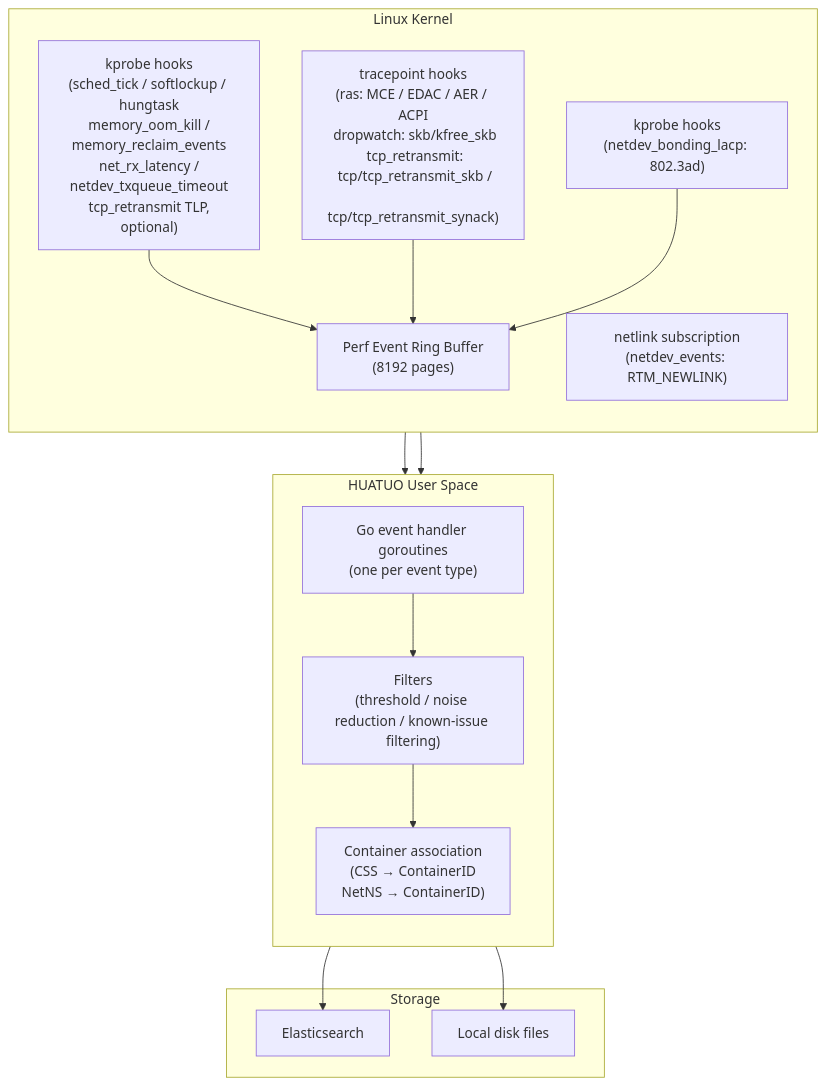
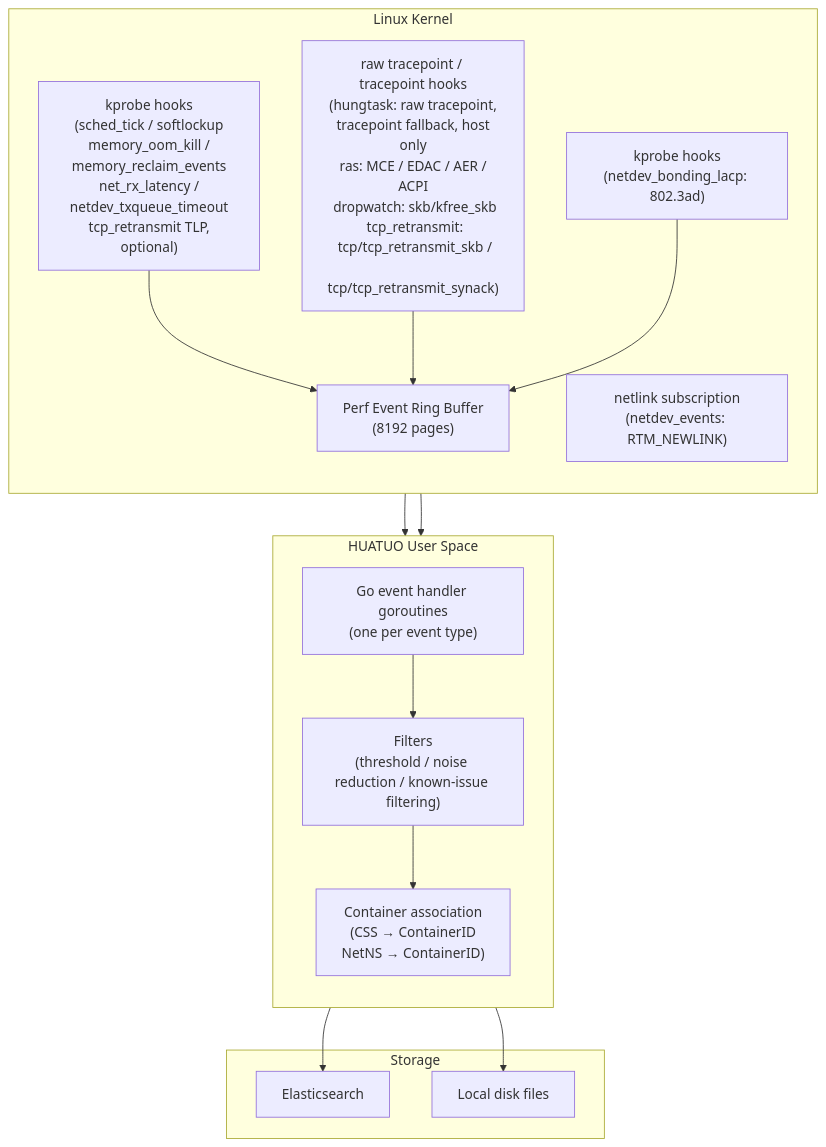
One commit to ccfos/huatuo changed the first of 2 diagrams in docs/key-feature/instant-observability_en.md. Above: the diagram before and after it, drawn with Mermaid. The commit also changed other lines of this file and 8 other files, not shown here.

First line of the commit message:
feat(events): attribute hungtask events and counts to containers

````diff
--- a/docs/key-feature/instant-observability_en.md
+++ b/docs/key-feature/instant-observability_en.md
@@ -524,33 +526,33 @@
 ```mermaid
 graph TB
     subgraph "Linux Kernel"
         direction TB
-        K1["kprobe hooks\n(sched_tick / softlockup / hungtask\n memory_oom_kill / memory_reclaim_events\n net_rx_latency / netdev_txqueue_timeout\n tcp_retransmit TLP, optional)"]
-        K2["tracepoint hooks\n(ras: MCE / EDAC / AER / ACPI\n dropwatch: skb/kfree_skb\n tcp_retransmit:\n tcp/tcp_retransmit_skb /\n tcp/tcp_retransmit_synack)"]
+        K1["kprobe hooks\n(sched_tick / softlockup\n memory_oom_kill / memory_reclaim_events\n net_rx_latency / netdev_txqueue_timeout\n tcp_retransmit TLP, optional)"]
+        K2["raw tracepoint / tracepoint hooks\n(hungtask: raw tracepoint,\n tracepoint fallback, host only\n ras: MCE / EDAC / AER / ACPI\n dropwatch: skb/kfree_skb\n tcp_retransmit:\n tcp/tcp_retransmit_skb /\n tcp/tcp_retransmit_synack)"]
         K3["netlink subscription\n(netdev_events: RTM_NEWLINK)"]
         K4["kprobe hooks\n(netdev_bonding_lacp: 802.3ad)"]
         PEB["Perf Event Ring Buffer\n(8192 pages)"]
     end
 
     subgraph "HUATUO User Space"
         direction TB
         EH["Go event handler goroutines\n(one per event type)"]
         CF["Filters\n(threshold / noise reduction / known-issue filtering)"]
         CM["Container association\n(CSS → ContainerID\n NetNS → ContainerID)"]
     end
 
     subgraph "Storage"
         ES["Elasticsearch"]
         DISK["Local disk files"]
     end
 
     K1 --> PEB
     K2 --> PEB
     K4 --> PEB
     PEB --> EH
     K3 --> EH
     EH --> CF
     CF --> CM
     CM --> ES
     CM --> DISK
 ```
````
